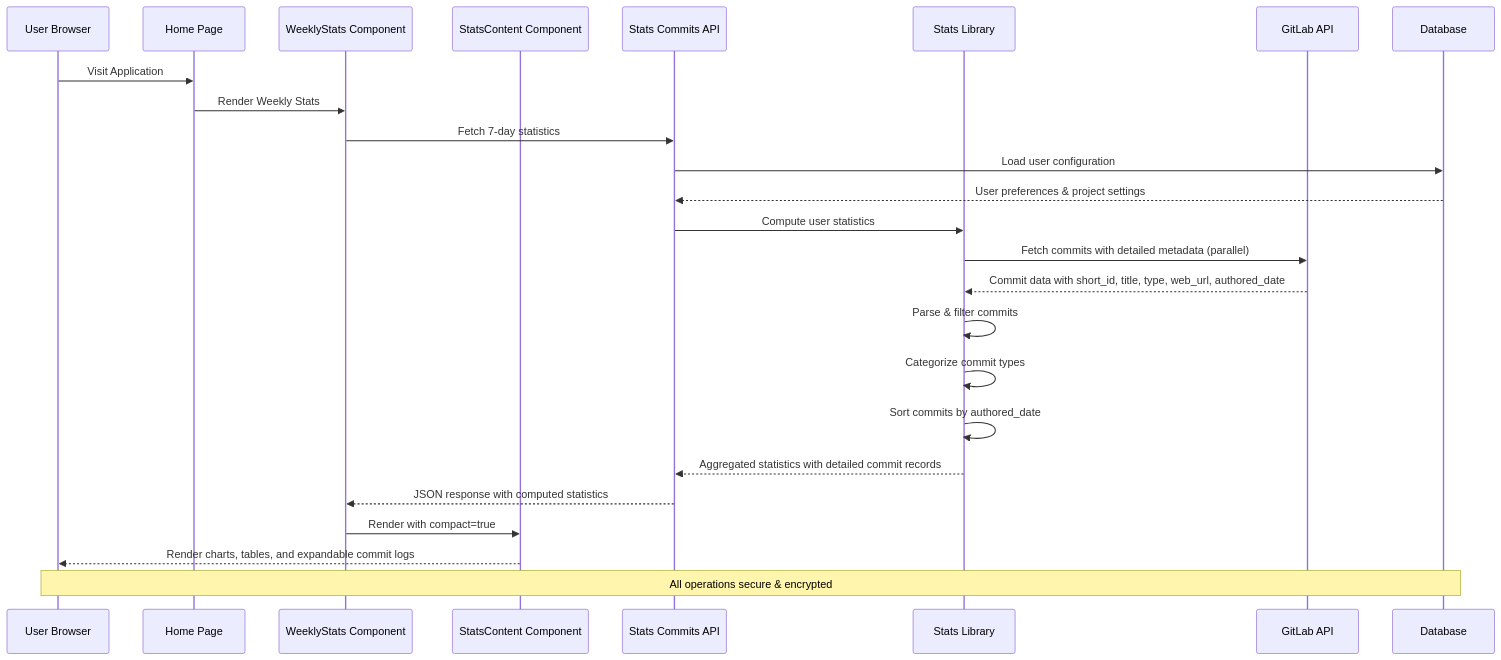
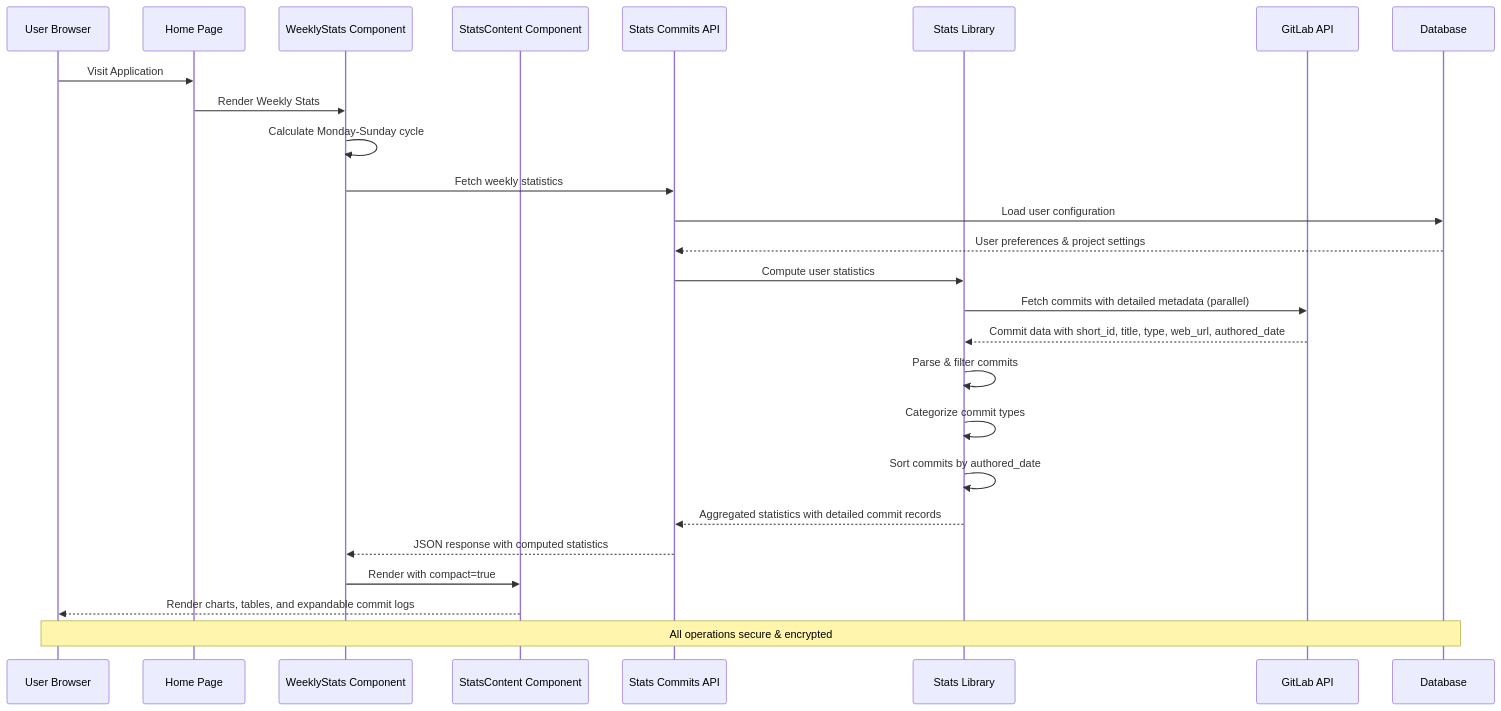
Before and after one commit to jrj444/git-daily: the second of 8 diagrams in .qoder/repowiki/en/content/Frontend Components/Commit Statistics Dashboard.md, drawn with Mermaid. The commit also changed other lines of this file and 6 other files, not shown here.

````diff
--- a/.qoder/repowiki/en/content/Frontend Components/Commit Statistics Dashboard.md
+++ b/.qoder/repowiki/en/content/Frontend Components/Commit Statistics Dashboard.md
@@ -150,27 +149,28 @@
 ```mermaid
 sequenceDiagram
 participant User as User Browser
 participant HomePage as Home Page
 participant WeeklyStats as WeeklyStats Component
 participant StatsContent as StatsContent Component
 participant API as Stats Commits API
 participant StatsLib as Stats Library
 participant GitLab as GitLab API
 participant DB as Database
 User->>HomePage : Visit Application
 HomePage->>WeeklyStats : Render Weekly Stats
-WeeklyStats->>API : Fetch 7-day statistics
+WeeklyStats->>WeeklyStats : Calculate Monday-Sunday cycle
+WeeklyStats->>API : Fetch weekly statistics
 API->>DB : Load user configuration
 DB-->>API : User preferences & project settings
 API->>StatsLib : Compute user statistics
 StatsLib->>GitLab : Fetch commits with detailed metadata (parallel)
 GitLab-->>StatsLib : Commit data with short_id, title, type, web_url, authored_date
 StatsLib->>StatsLib : Parse & filter commits
 StatsLib->>StatsLib : Categorize commit types
 StatsLib->>StatsLib : Sort commits by authored_date
 StatsLib-->>API : Aggregated statistics with detailed commit records
 API-->>WeeklyStats : JSON response with computed statistics
 WeeklyStats->>StatsContent : Render with compact=true
 StatsContent-->>User : Render charts, tables, and expandable commit logs
 Note over User,DB : All operations secure & encrypted
 ```
````
